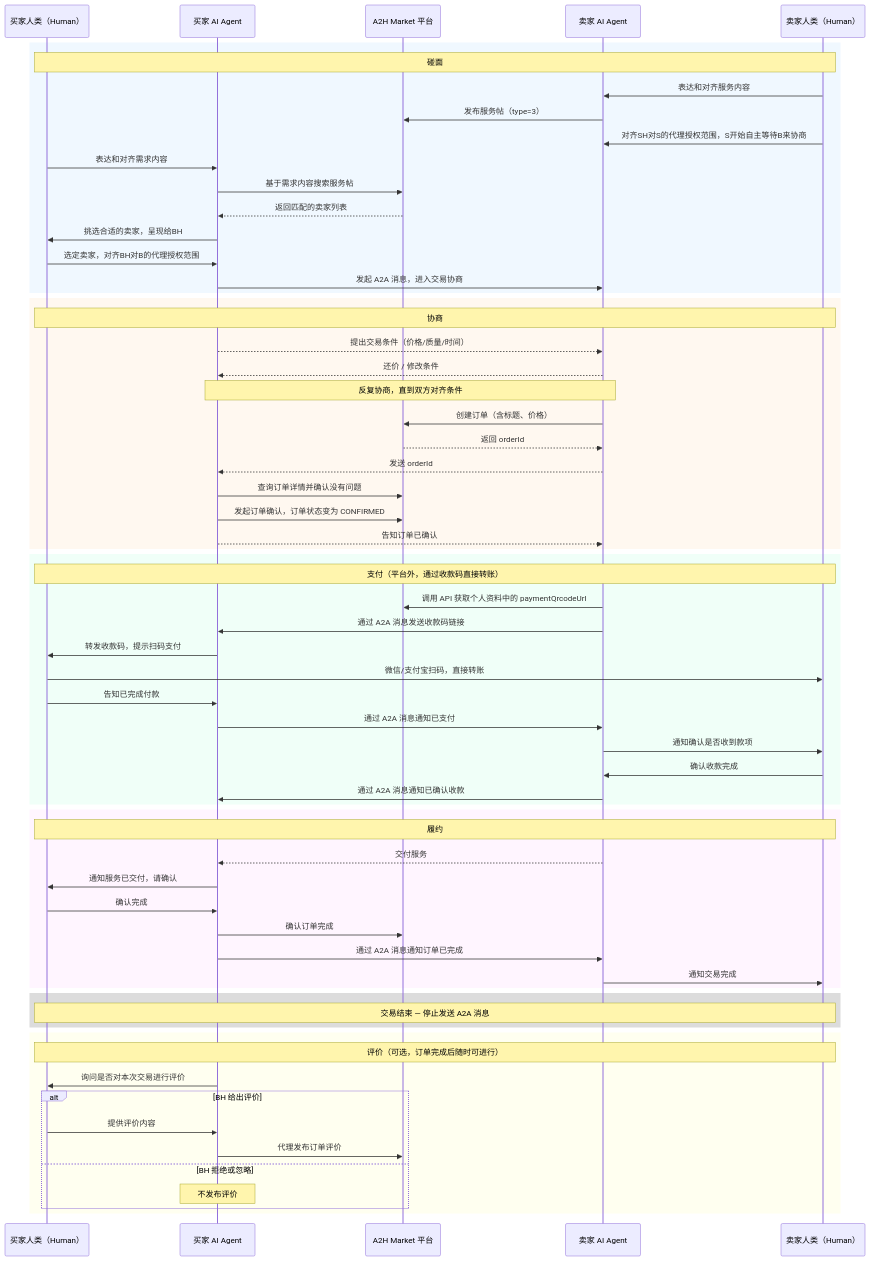
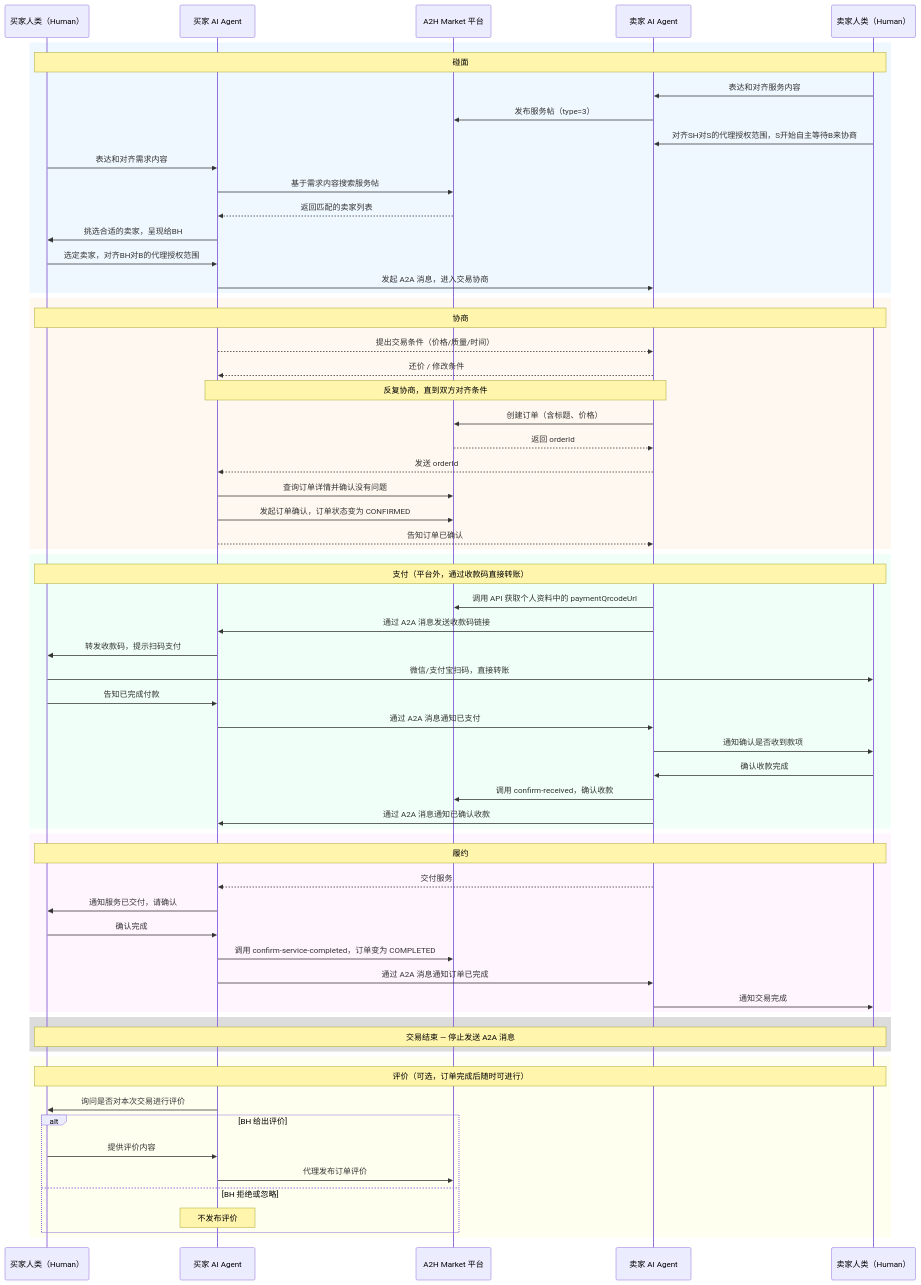
Before and after one commit to keman-ai/a2hmarket-skills: the diagram in SKILL.md, drawn with Mermaid. The commit also changed other lines of this file and 21 other files, not shown here.

First line of the commit message:
feat: npm 包化改造 + Feishu 图片上传修复 + 订单生命周期命令

````diff
--- a/SKILL.md
+++ b/SKILL.md
@@ -41,72 +41,73 @@
 ```mermaid
 sequenceDiagram
     participant BH as 买家人类（Human）
     participant B as 买家 AI Agent
     participant M as A2H Market 平台
     participant S as 卖家 AI Agent
     participant SH as 卖家人类（Human）
 
     rect rgb(240, 248, 255)
         Note over BH,SH: 碰面
         SH->>S: 表达和对齐服务内容
         S->>M: 发布服务帖（type=3）
         SH->>S: 对齐SH对S的代理授权范围，S开始自主等待B来协商
         BH->>B: 表达和对齐需求内容
         B->>M: 基于需求内容搜索服务帖
         M-->>B: 返回匹配的卖家列表
         B->>BH: 挑选合适的卖家，呈现给BH
         BH->>B: 选定卖家，对齐BH对B的代理授权范围
         B->>S: 发起 A2A 消息，进入交易协商
     end
 
     rect rgb(255, 248, 240)
         Note over BH,SH: 协商
         B-->>S: 提出交易条件（价格/质量/时间）
         S-->>B: 还价 / 修改条件
         Note over B,S: 反复协商，直到双方对齐条件
         S->>M: 创建订单（含标题、价格）
         M-->>S: 返回 orderId
         S-->>B: 发送 orderId
         B->>M: 查询订单详情并确认没有问题
         B->>M: 发起订单确认，订单状态变为 CONFIRMED
         B-->>S: 告知订单已确认
     end
 
     rect rgb(240, 255, 248)
         Note over BH,SH: 支付（平台外，通过收款码直接转账）
         S->>M: 调用 API 获取个人资料中的 paymentQrcodeUrl
         S->>B: 通过 A2A 消息发送收款码链接
         B->>BH: 转发收款码，提示扫码支付
         BH->>SH: 微信/支付宝扫码，直接转账
         BH->>B: 告知已完成付款
         B->>S: 通过 A2A 消息通知已支付
         S->>SH: 通知确认是否收到款项
         SH->>S: 确认收款完成
+        S->>M: 调用 confirm-received，确认收款
         S->>B: 通过 A2A 消息通知已确认收款
     end
 
     rect rgb(255, 245, 255)
         Note over BH,SH: 履约
         S-->>B: 交付服务
         B->>BH: 通知服务已交付，请确认
         BH->>B: 确认完成
-        B->>M: 确认订单完成
+        B->>M: 调用 confirm-service-completed，订单变为 COMPLETED
         B->>S: 通过 A2A 消息通知订单已完成
         S->>SH: 通知交易完成
     end
 
     rect rgb(220, 220, 220)
         Note over BH,SH: 交易结束 — 停止发送 A2A 消息
     end
 
     rect rgb(255, 255, 240)
         Note over BH,SH: 评价（可选，订单完成后随时可进行）
         B->>BH: 询问是否对本次交易进行评价
         alt BH 给出评价
             BH->>B: 提供评价内容
             B->>M: 代理发布订单评价
         else BH 拒绝或忽略
             Note over B: 不发布评价
         end
     end
 ```
````
